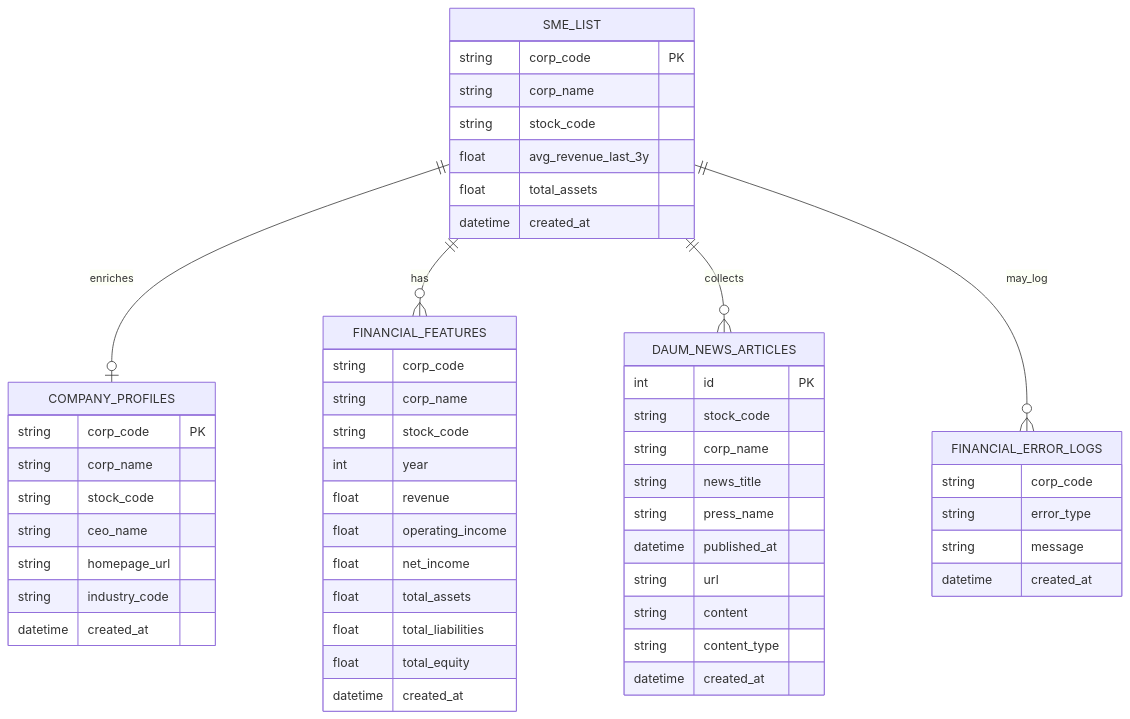
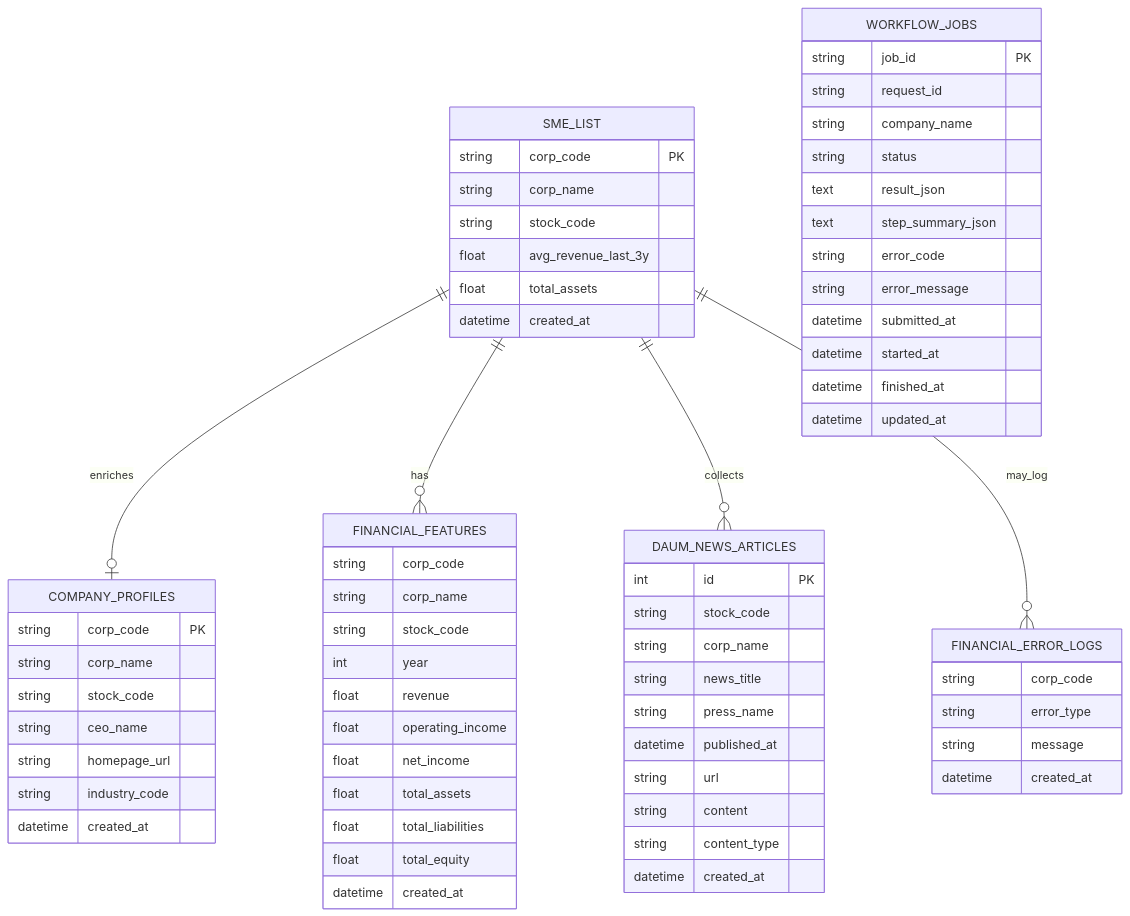
The first of 2 diagrams in docs/design/erd.md (hypoxisaurea/FinAgent-SME), drawn with Mermaid before and after one commit. The commit also changed other lines of this file and 6 other files, not shown here.

````diff
--- a/docs/design/erd.md
+++ b/docs/design/erd.md
@@ -10,60 +10,75 @@
 ```mermaid
 erDiagram
     SME_LIST ||--o| COMPANY_PROFILES : enriches
     SME_LIST ||--o{ FINANCIAL_FEATURES : has
     SME_LIST ||--o{ DAUM_NEWS_ARTICLES : collects
     SME_LIST ||--o{ FINANCIAL_ERROR_LOGS : may_log
 
     SME_LIST {
         string corp_code PK
         string corp_name
         string stock_code
         float avg_revenue_last_3y
         float total_assets
         datetime created_at
     }
 
     COMPANY_PROFILES {
         string corp_code PK
         string corp_name
         string stock_code
         string ceo_name
         string homepage_url
         string industry_code
         datetime created_at
     }
 
     FINANCIAL_FEATURES {
         string corp_code
         string corp_name
         string stock_code
         int year
         float revenue
         float operating_income
         float net_income
         float total_assets
         float total_liabilities
         float total_equity
         datetime created_at
     }
 
     DAUM_NEWS_ARTICLES {
         int id PK
         string stock_code
         string corp_name
         string news_title
         string press_name
         datetime published_at
         string url
         string content
         string content_type
         datetime created_at
     }
 
     FINANCIAL_ERROR_LOGS {
         string corp_code
         string error_type
         string message
         datetime created_at
     }
+
+    WORKFLOW_JOBS {
+        string job_id PK
+        string request_id
+        string company_name
+        string status
+        text result_json
+        text step_summary_json
+        string error_code
+        string error_message
+        datetime submitted_at
+        datetime started_at
+        datetime finished_at
+        datetime updated_at
+    }
 ```
````
